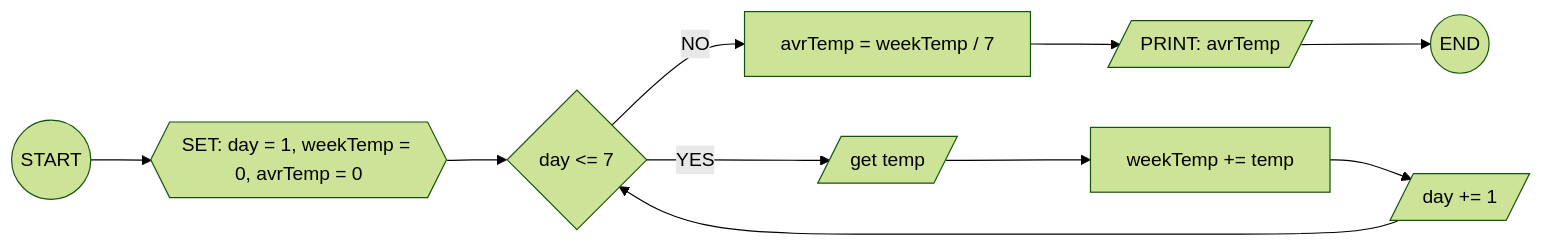
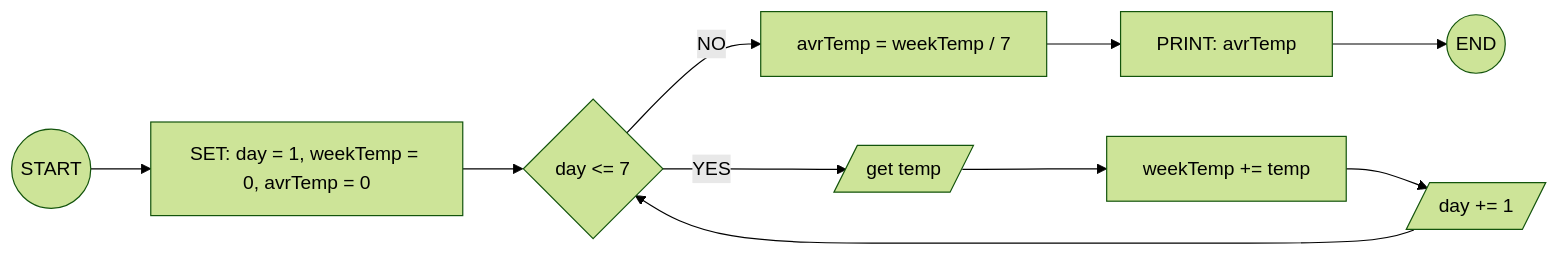
The first of 2 diagrams in Exercise6.md (ihabau/lexicon-WS-flowchats), drawn with Mermaid (forest theme) before and after one commit. The commit also changed other lines of this file and 8 other files, not shown here.

````diff
--- a/Exercise6.md
+++ b/Exercise6.md
@@ -29,12 +29,12 @@
 ```mermaid
 flowchart LR
-S((START)) --> DATA{{SET: day = 1, weekTemp = 0, avrTemp = 0}}
+S((START)) --> DATA[SET: day = 1, weekTemp = 0, avrTemp = 0]
 DATA --> LOOP{day <= 7}
 LOOP -- NO -->CALCAVR[avrTemp = weekTemp / 7]
-CALCAVR --> PRINT[/PRINT: avrTemp/]
+CALCAVR --> PRINT[PRINT: avrTemp]
 PRINT --> E((END))
 LOOP -- YES --> GETTEMP[/get temp/]
 GETTEMP --> CALC[weekTemp += temp]
 CALC --> INC[/day += 1/]
 INC --> LOOP
 ```
````
